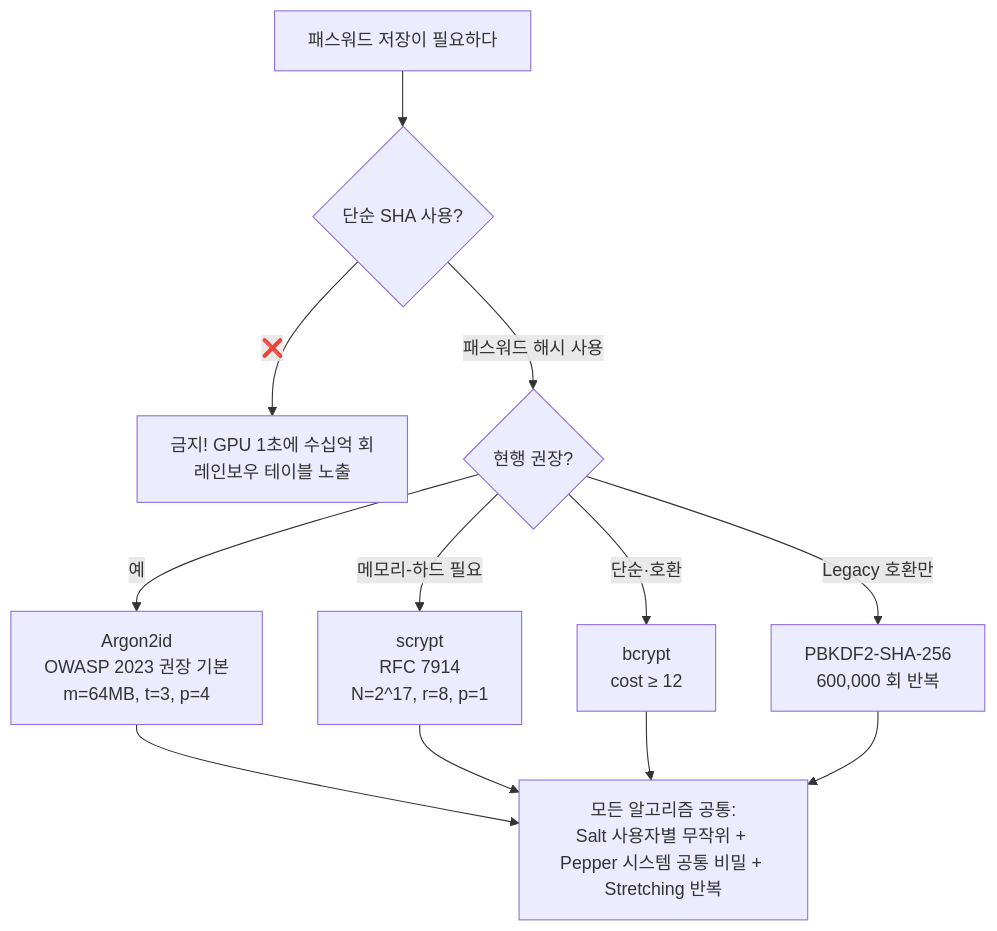
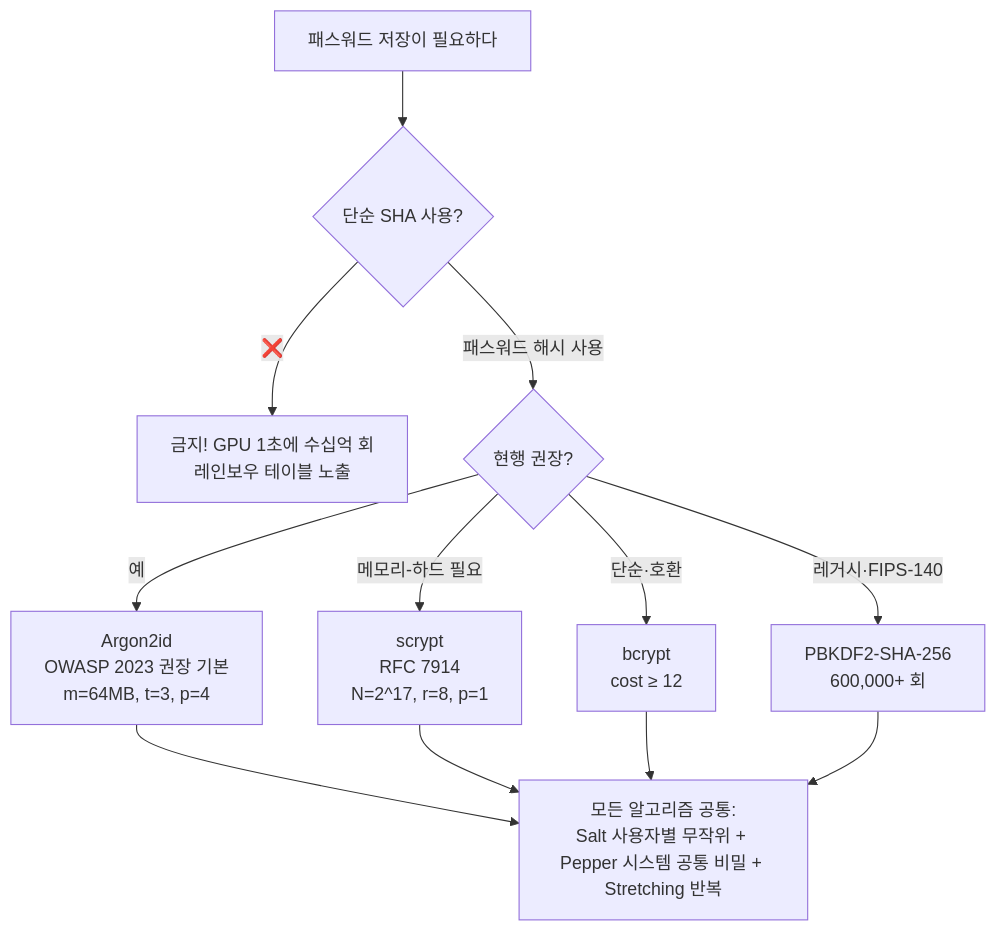
The fourth of 5 diagrams in cs/information-security/study/04.security-general/06.hash-and-mac.md (ianrang/cs-study), drawn with Mermaid before and after one commit. The commit also changed other lines of this file and 1 other file, not shown here.

````diff
--- a/cs/information-security/study/04.security-general/06.hash-and-mac.md
+++ b/cs/information-security/study/04.security-general/06.hash-and-mac.md
@@ -692,15 +705,15 @@
 ```mermaid
 graph TD
   Q[패스워드 저장이 필요하다] --> Q1{단순 SHA 사용?}
   Q1 -- ❌ --> NO1[금지! GPU 1초에 수십억 회<br/>레인보우 테이블 노출]
   Q1 -- 패스워드 해시 사용 --> Q2{현행 권장?}
   Q2 -- 예 --> AID[Argon2id<br/>OWASP 2023 권장 기본<br/>m=64MB, t=3, p=4]
   Q2 -- 메모리-하드 필요 --> SCR[scrypt<br/>RFC 7914<br/>N=2^17, r=8, p=1]
   Q2 -- 단순·호환 --> BCR[bcrypt<br/>cost ≥ 12]
-  Q2 -- Legacy 호환만 --> PBK[PBKDF2-SHA-256<br/>600,000 회 반복]
+  Q2 -- 레거시·FIPS-140 --> PBK[PBKDF2-SHA-256<br/>600,000+ 회]
 
   AID --> SP[모든 알고리즘 공통:<br/>Salt 사용자별 무작위 + Pepper 시스템 공통 비밀 + Stretching 반복]
   SCR --> SP
   BCR --> SP
   PBK --> SP
 ```
````
